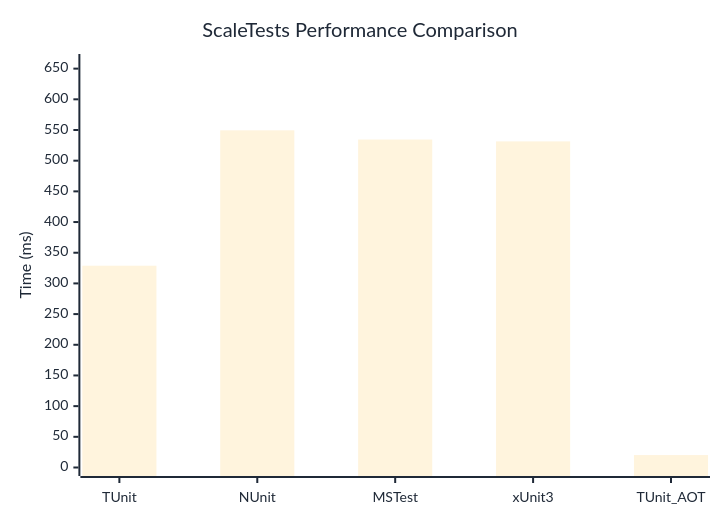
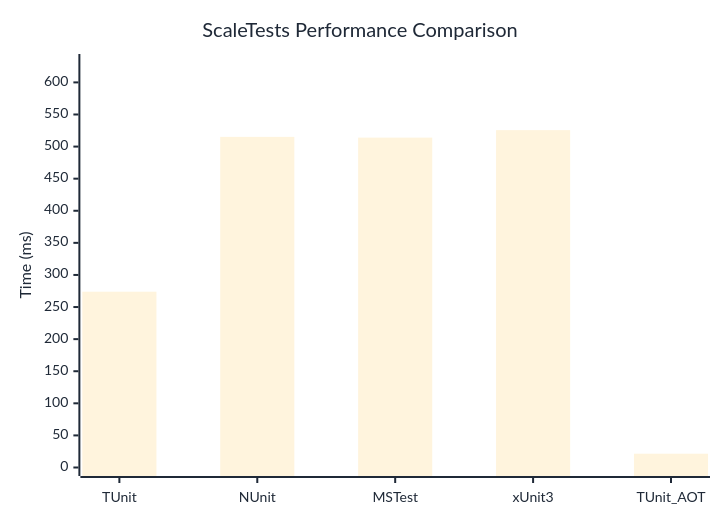
One commit to thomhurst/TUnit changed the diagram in docs/docs/benchmarks/engine/ScaleTests.md. Above: the diagram before and after it, drawn with Mermaid. The commit also changed other lines of this file and 17 other files, not shown here.

````diff
--- a/docs/docs/benchmarks/engine/ScaleTests.md
+++ b/docs/docs/benchmarks/engine/ScaleTests.md
@@ -29,37 +29,37 @@
 ```mermaid
 %%{init: {
   'theme':'base',
   'themeVariables': {
     'primaryColor': '#2563eb',
     'primaryTextColor': '#1f2937',
     'primaryBorderColor': '#1e40af',
     'lineColor': '#6b7280',
     'secondaryColor': '#7c3aed',
     'tertiaryColor': '#dc2626',
     'background': '#ffffff',
     'mainBkg': '#2563eb',
     'secondBkg': '#7c3aed',
     'tertiaryBkg': '#dc2626',
     'clusterBkg': '#f3f4f6',
     'edgeLabelBackground': '#ffffff',
     'tertiaryTextColor': '#1f2937',
     'pie1': '#2563eb',
     'pie2': '#7c3aed',
     'pie3': '#dc2626',
     'pie4': '#f59e0b',
     'pie5': '#10b981',
     'pie6': '#06b6d4',
     'pie7': '#ec4899',
     'pie8': '#6366f1',
     'pie9': '#84cc16',
     'pie10': '#f97316',
     'pie11': '#14b8a6',
     'pie12': '#a855f7'
   }
 }}%%
 xychart-beta
   title "ScaleTests Performance Comparison"
   x-axis ["TUnit", "NUnit", "MSTest", "xUnit3", "TUnit_AOT"]
-  y-axis "Time (ms)" 0 --> 660
-  bar [328.84, 549.48, 534.48, 531.44, 20.26]
+  y-axis "Time (ms)" 0 --> 631
+  bar [273.88, 515.13, 513.97, 525.61, 21.49]
 ```
````
